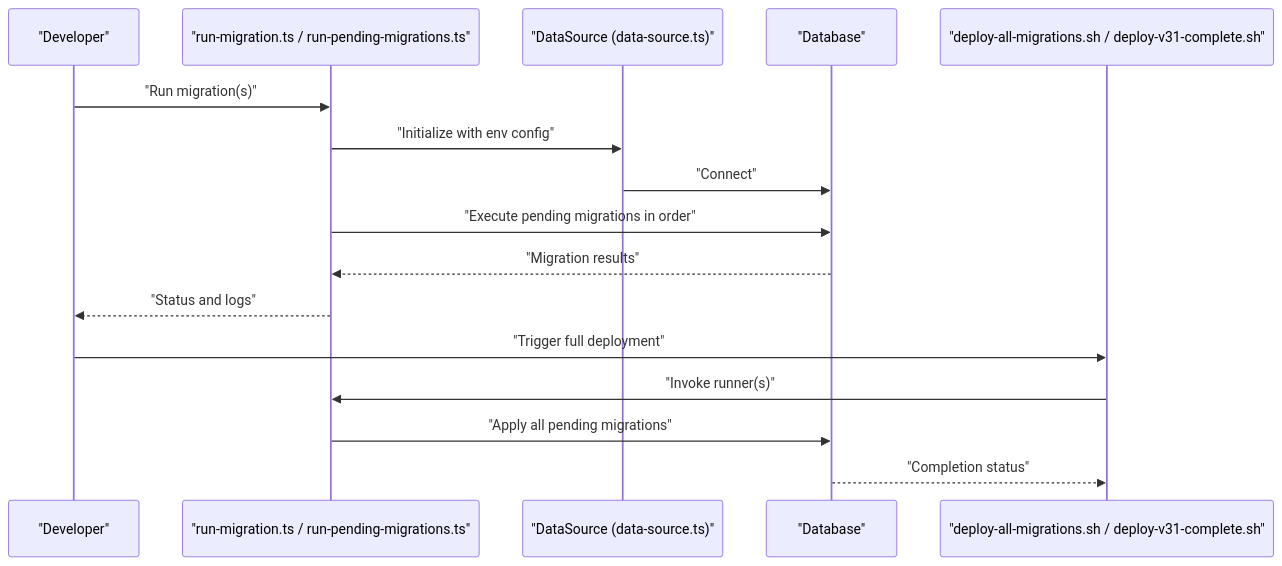
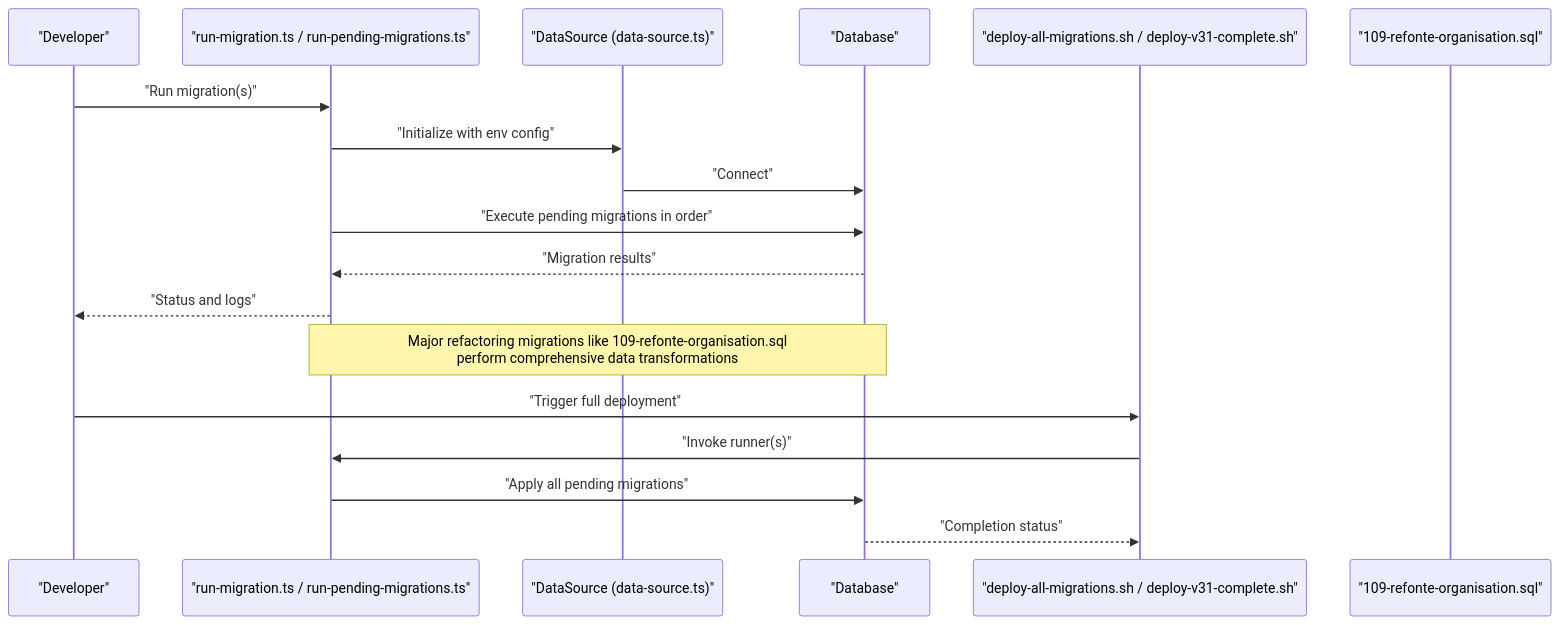
One commit to franckylab/eLISAschool changed the second of 4 diagrams in .qoder/repowiki/en/content/System Architecture/Database Architecture/Database Migrations & Version Control.md. Above: the diagram before and after it, drawn with Mermaid. The commit also changed other lines of this file and 483 other files, not shown here.

````diff
--- a/.qoder/repowiki/en/content/System Architecture/Database Architecture/Database Migrations & Version Control.md
+++ b/.qoder/repowiki/en/content/System Architecture/Database Architecture/Database Migrations & Version Control.md
@@ -128,18 +144,20 @@
 ```mermaid
 sequenceDiagram
 participant Dev as "Developer"
 participant Script as "run-migration.ts / run-pending-migrations.ts"
 participant DS as "DataSource (data-source.ts)"
 participant DB as "Database"
 participant Deploy as "deploy-all-migrations.sh / deploy-v31-complete.sh"
+participant Refactor as "109-refonte-organisation.sql"
 Dev->>Script : "Run migration(s)"
 Script->>DS : "Initialize with env config"
 DS->>DB : "Connect"
 Script->>DB : "Execute pending migrations in order"
 DB-->>Script : "Migration results"
 Script-->>Dev : "Status and logs"
+Note over Script,DB : Major refactoring migrations like 109-refonte-organisation.sql<br/>perform comprehensive data transformations
 Dev->>Deploy : "Trigger full deployment"
 Deploy->>Script : "Invoke runner(s)"
 Script->>DB : "Apply all pending migrations"
 DB-->>Deploy : "Completion status"
 ```
````
